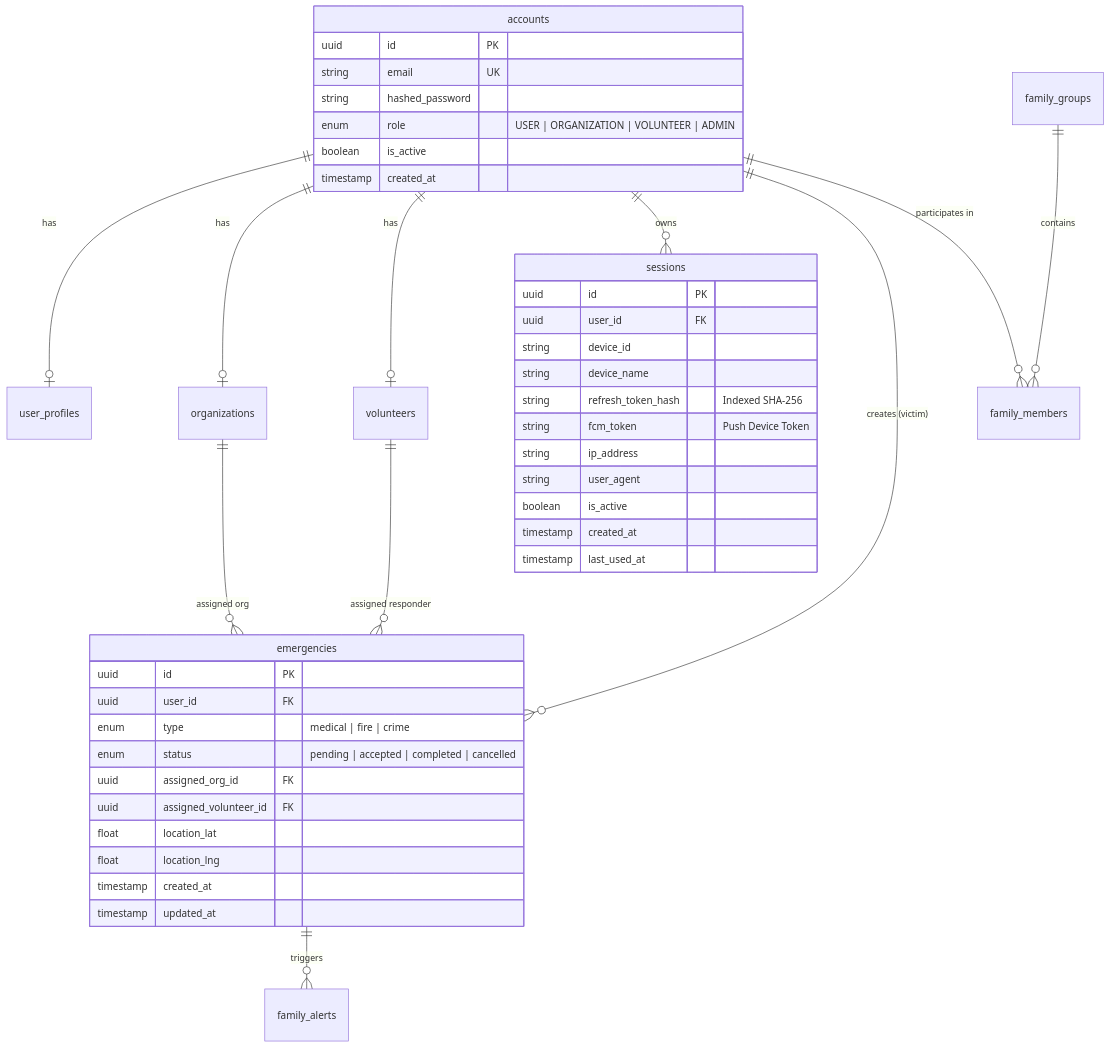
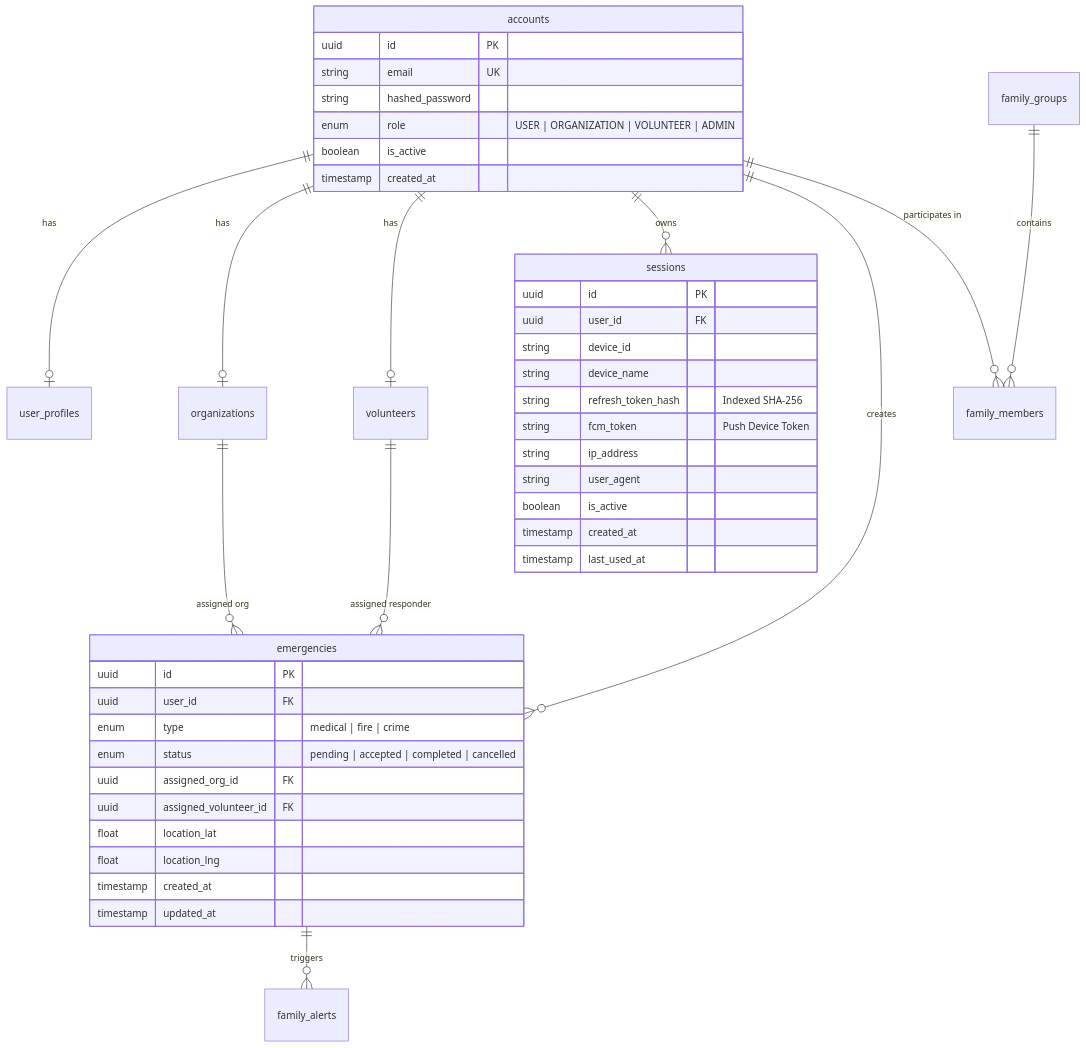
The sixth of 7 diagrams in system_specification.md (Script-By-Lin/KhuNyiKalSal), drawn with Mermaid before and after one commit. The commit also changed other lines of this file and 37 other files, not shown here.

````diff
--- a/system_specification.md
+++ b/system_specification.md
@@ -271,49 +307,49 @@
 ```mermaid
 erDiagram
     accounts ||--o| user_profiles : "has"
     accounts ||--o| organizations : "has"
     accounts ||--o| volunteers : "has"
     accounts ||--o{ sessions : "owns"
-    accounts ||--o{ emergencies : "creates (victim)"
+    accounts ||--o{ emergencies : "creates"
     accounts ||--o{ family_members : "participates in"
     organizations ||--o{ emergencies : "assigned org"
     volunteers ||--o{ emergencies : "assigned responder"
     family_groups ||--o{ family_members : "contains"
     emergencies ||--o{ family_alerts : "triggers"
 
     accounts {
         uuid id PK
         string email UK
         string hashed_password
         enum role "USER | ORGANIZATION | VOLUNTEER | ADMIN"
         boolean is_active
         timestamp created_at
     }
 
     sessions {
         uuid id PK
         uuid user_id FK
         string device_id
         string device_name
         string refresh_token_hash "Indexed SHA-256"
         string fcm_token "Push Device Token"
         string ip_address
         string user_agent
         boolean is_active
         timestamp created_at
         timestamp last_used_at
     }
 
     emergencies {
         uuid id PK
         uuid user_id FK
         enum type "medical | fire | crime"
         enum status "pending | accepted | completed | cancelled"
         uuid assigned_org_id FK
         uuid assigned_volunteer_id FK
         float location_lat
         float location_lng
         timestamp created_at
         timestamp updated_at
     }
 ```
````
